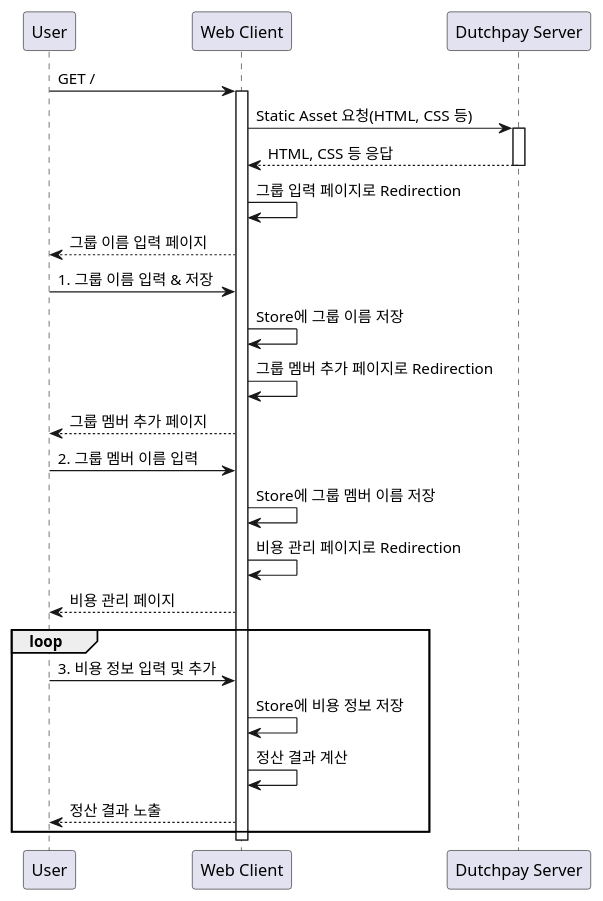
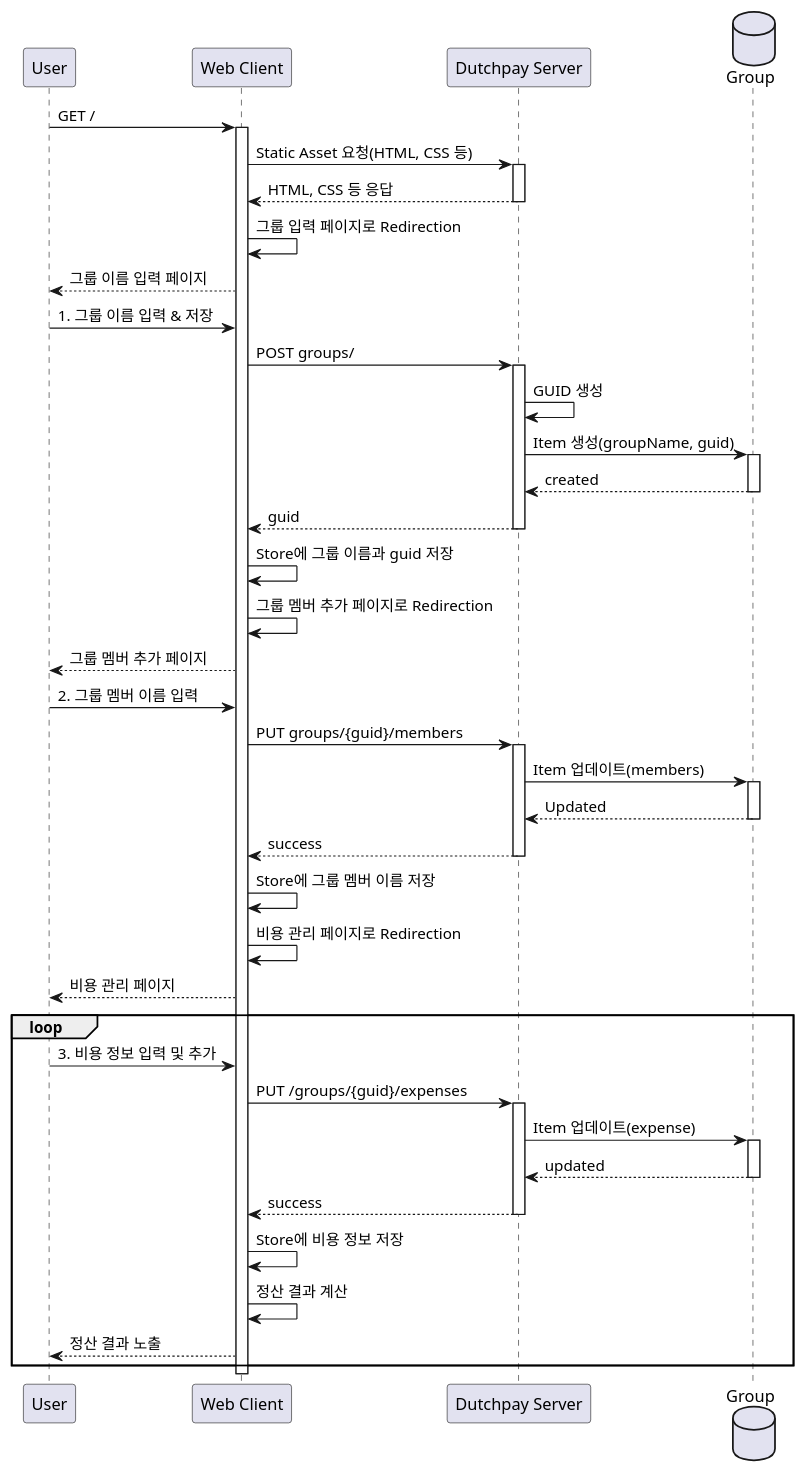
The diagram in docs/sequence_diagram.plantuml (onbiz90/ducthpay), drawn with PlantUML before and after one commit.

Commit message:
Updated sequence diagram

```diff
--- a/docs/sequence_diagram.plantuml
+++ b/docs/sequence_diagram.plantuml
@@ -1,39 +1,63 @@
 @startuml
 participant User
 participant "Web Client" as C
 participant "Dutchpay Server" as S
+database "Group" as DB
 
 User -> C: GET / 
 activate C
 
 C -> S: Static Asset 요청(HTML, CSS 등)
 activate S
 
 S --> C: HTML, CSS 등 응답
 deactivate S
 
 C -> C: 그룹 입력 페이지로 Redirection
 C --> User: 그룹 이름 입력 페이지
 
 User -> C: 1. 그룹 이름 입력 & 저장
-C -> C: Store에 그룹 이름 저장
+C -> S: POST groups/
+activate S
+S -> S: GUID 생성
+S -> DB: Item 생성(groupName, guid)
+activate DB
+DB --> S: created
+deactivate DB
+S --> C: guid
+deactivate S
+C -> C: Store에 그룹 이름과 guid 저장
 C -> C: 그룹 멤버 추가 페이지로 Redirection
 
 C --> User: 그룹 멤버 추가 페이지
-
 User -> C: 2. 그룹 멤버 이름 입력
+C -> S: PUT groups/{guid}/members
+activate S
+S -> DB: Item 업데이트(members)
+activate DB
+DB --> S: Updated
+deactivate DB
+S --> C: success
+deactivate S
 C -> C: Store에 그룹 멤버 이름 저장
 C -> C: 비용 관리 페이지로 Redirection
-
 C --> User: 비용 관리 페이지
 
 loop
     User -> C: 3. 비용 정보 입력 및 추가
+    C -> S: PUT /groups/{guid}/expenses
+    activate S
+    S -> DB: Item 업데이트(expense)
+    activate DB
+    DB --> S: updated
+    deactivate DB
+    S --> C: success
+    deactivate S
     C -> C: Store에 비용 정보 저장
     C -> C: 정산 결과 계산
     C --> User: 정산 결과 노출
 end
 
 deactivate C
 
 @enduml
```
